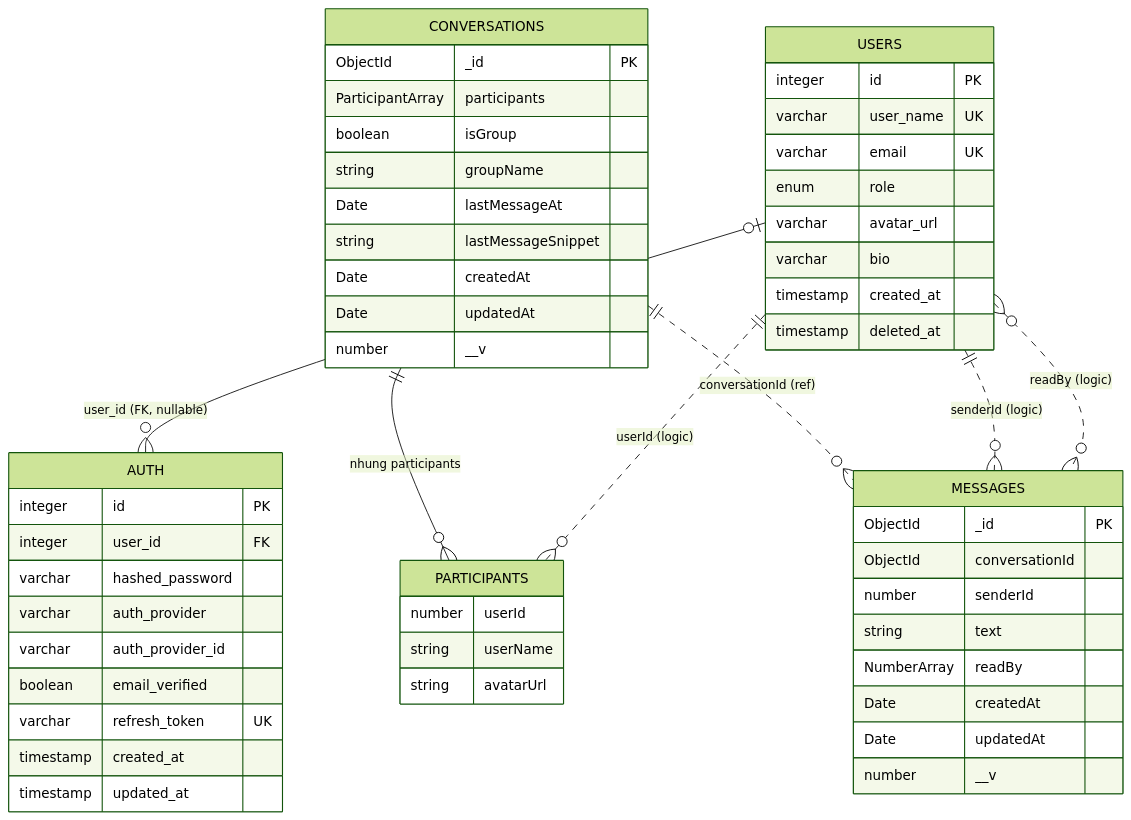
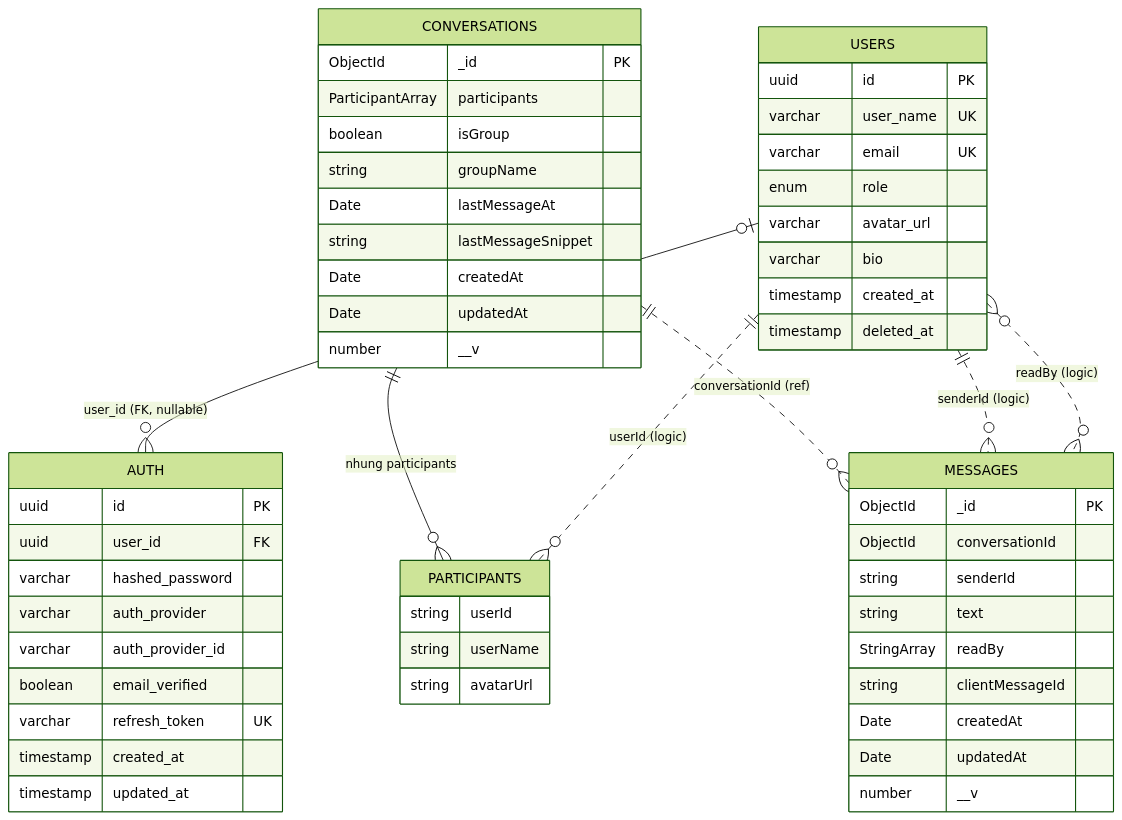
Before and after one commit to vunhat0501/messenger-clone-microservice: the diagram in erd.md, drawn with Mermaid (forest theme). The commit also changed other lines of this file and 31 other files, not shown here.

Commit message:
docs: redraw architecture and workflow diagrams, fix ERD types and failover notes

````diff
--- a/erd.md
+++ b/erd.md
@@ -19,61 +19,62 @@
 ```mermaid
 erDiagram
     USERS o|--o{ AUTH : "user_id (FK, nullable)"
     CONVERSATIONS ||--o{ PARTICIPANTS : "nhung participants"
     CONVERSATIONS ||..o{ MESSAGES : "conversationId (ref)"
     USERS ||..o{ PARTICIPANTS : "userId (logic)"
     USERS ||..o{ MESSAGES : "senderId (logic)"
     USERS }o..o{ MESSAGES : "readBy (logic)"
 
     USERS {
-        integer id PK
+        uuid id PK
         varchar user_name UK
         varchar email UK
         enum role
         varchar avatar_url
         varchar bio
         timestamp created_at
         timestamp deleted_at
     }
 
     AUTH {
-        integer id PK
-        integer user_id FK
+        uuid id PK
+        uuid user_id FK
         varchar hashed_password
         varchar auth_provider
         varchar auth_provider_id
         boolean email_verified
         varchar refresh_token UK
         timestamp created_at
         timestamp updated_at
     }
 
     CONVERSATIONS {
         ObjectId _id PK
         ParticipantArray participants
         boolean isGroup
         string groupName
         Date lastMessageAt
         string lastMessageSnippet
         Date createdAt
         Date updatedAt
         number __v
     }
 
     PARTICIPANTS {
-        number userId
+        string userId
         string userName
         string avatarUrl
     }
 
     MESSAGES {
         ObjectId _id PK
         ObjectId conversationId
-        number senderId
+        string senderId
         string text
-        NumberArray readBy
+        StringArray readBy
+        string clientMessageId
         Date createdAt
         Date updatedAt
         number __v
     }
 ```
````
